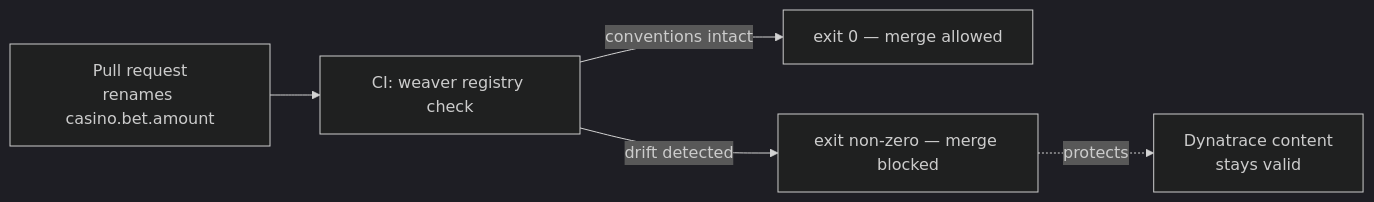
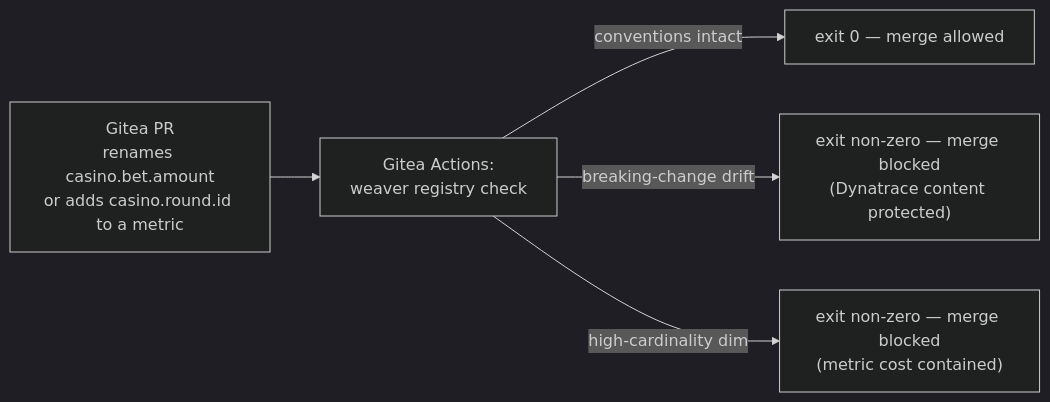
Before and after one commit to agardnerIT/Otel-Training: the diagram in docs-site/advanced/step-3-weaver-pipeline.md, drawn with Mermaid (dark theme). The commit also changed other lines of this file and 3 other files, not shown here.

First line of the commit message:
feat(gitops): Weaver 'controlling OTel data' guard in the Gitea CI (ISI-7733)

````diff
--- a/docs-site/advanced/step-3-weaver-pipeline.md
+++ b/docs-site/advanced/step-3-weaver-pipeline.md
@@ -24,7 +35,7 @@
 ```mermaid
 flowchart LR
-  pr["Pull request<br/>renames casino.bet.amount"] --> ci["CI: weaver registry check"]
+  pr["Gitea PR<br/>renames casino.bet.amount<br/>or adds casino.round.id to a metric"] --> ci["Gitea Actions:<br/>weaver registry check"]
   ci -->|conventions intact| green["exit 0 — merge allowed"]
-  ci -->|drift detected| red["exit non-zero — merge blocked"]
-  red -.->|protects| dt["Dynatrace content<br/>stays valid"]
+  ci -->|breaking-change drift| red1["exit non-zero — merge blocked<br/>(Dynatrace content protected)"]
+  ci -->|high-cardinality dim| red2["exit non-zero — merge blocked<br/>(metric cost contained)"]
 ```
````
